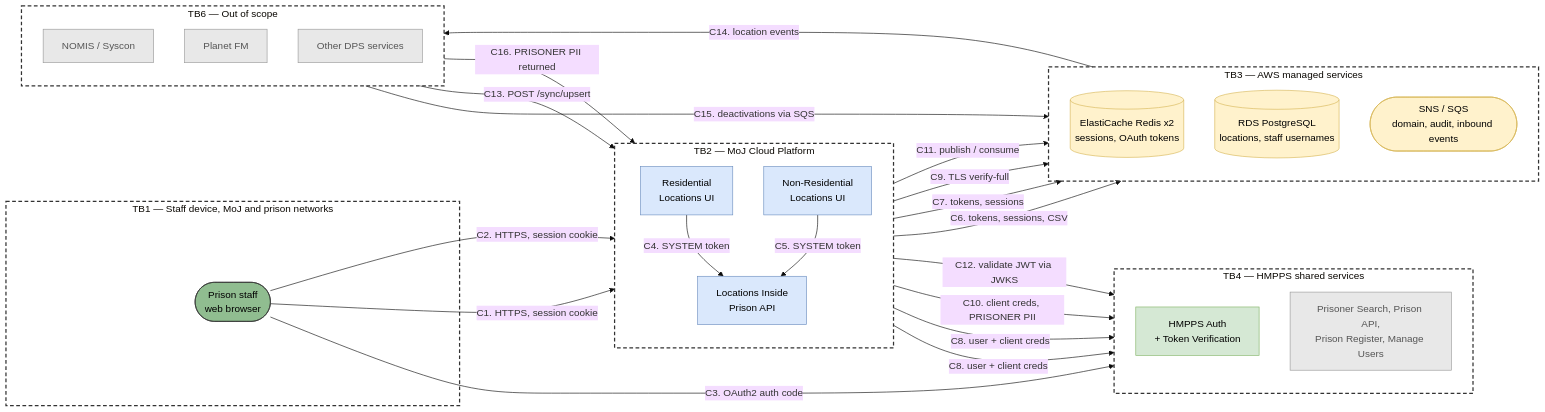
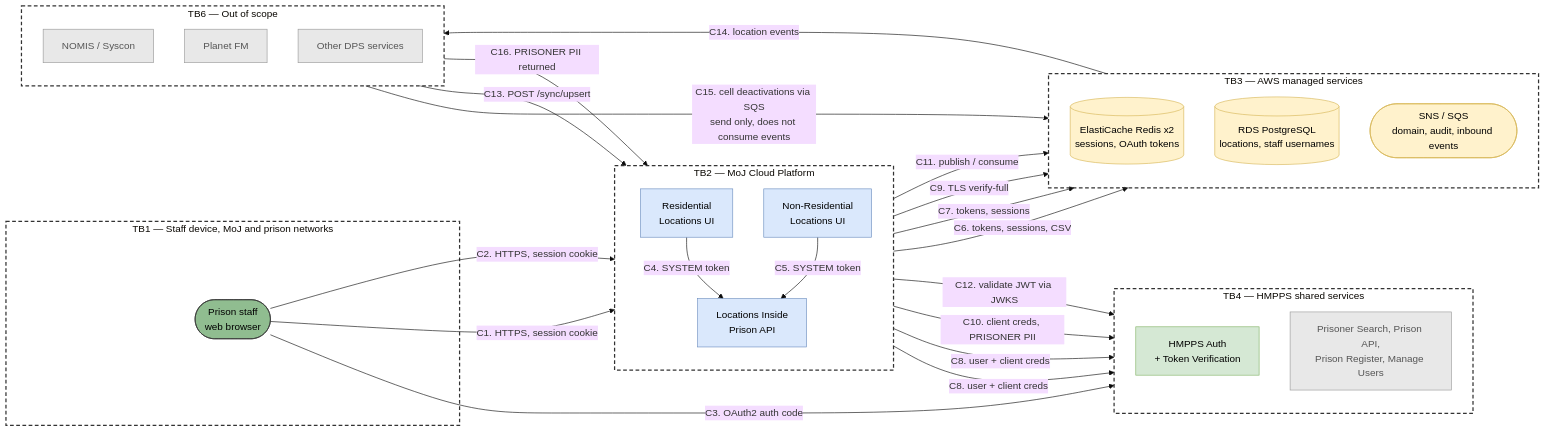
Before and after one commit to ministryofjustice/hmpps-locations-inside-prison-api: the first of 4 diagrams in docs/data-flow-diagram.md, drawn with Mermaid (base theme). The commit also changed other lines of this file and 1 other file, not shown here.

First line of the commit message:
MAPA-203 Correct token design, ModSecurity and Planet FM in the diagrams

````diff
--- a/docs/data-flow-diagram.md
+++ b/docs/data-flow-diagram.md
@@ -33,68 +33,68 @@
 ```mermaid
 flowchart LR
 
   subgraph tb1["TB1 — Staff device, MoJ and prison networks"]
     staff(["Prison staff<br/>web browser"])
   end
 
   subgraph tb2["TB2 — MoJ Cloud Platform"]
     direction TB
     resiUi["Residential<br/>Locations UI"]
     nonResiUi["Non-Residential<br/>Locations UI"]
     api["Locations Inside<br/>Prison API"]
   end
 
   subgraph tb3["TB3 — AWS managed services"]
     direction TB
     redis[("ElastiCache Redis x2<br/>sessions, OAuth tokens")]
     rds[("RDS PostgreSQL<br/>locations, staff usernames")]
     events(["SNS / SQS<br/>domain, audit, inbound events"])
   end
 
   subgraph tb4["TB4 — HMPPS shared services"]
     direction TB
     auth["HMPPS Auth<br/>+ Token Verification"]
     shared["Prisoner Search, Prison API,<br/>Prison Register, Manage Users"]
   end
 
   subgraph tb6["TB6 — Out of scope"]
     direction TB
     nomis["NOMIS / Syscon"]
     planetfm["Planet FM"]
     dps["Other DPS services"]
   end
 
   staff -->|"C1. HTTPS, session cookie"| resiUi
   staff -->|"C2. HTTPS, session cookie"| nonResiUi
   staff -->|"C3. OAuth2 auth code"| auth
 
   resiUi -->|"C4. SYSTEM token"| api
   nonResiUi -->|"C5. SYSTEM token"| api
   resiUi -->|"C6. tokens, sessions, CSV"| redis
   nonResiUi -->|"C7. tokens, sessions"| redis
   resiUi & nonResiUi -->|"C8. user + client creds"| auth
 
   api -->|"C9. TLS verify-full"| rds
   api -->|"C10. client creds, PRISONER PII"| shared
   api -->|"C11. publish / consume"| events
   api -->|"C12. validate JWT via JWKS"| auth
 
   nomis -->|"C13. POST /sync/upsert"| api
   events -->|"C14. location events"| nomis
-  planetfm -->|"C15. deactivations via SQS"| events
+  planetfm -->|"C15. cell deactivations via SQS<br/>send only, does not consume events"| events
   dps -->|"C16. PRISONER PII returned"| api
 
   classDef boundary fill:none,stroke:#333,stroke-width:2px,stroke-dasharray: 6 4
   classDef outOfScope fill:#e8e8e8,stroke:#999,color:#555
   classDef store fill:#fff2cc,stroke:#d6b656,color:#000
   classDef process fill:#dae8fc,stroke:#6c8ebf,color:#000
   classDef external fill:#d5e8d4,stroke:#82b366,color:#000
   classDef actor fill:#90BD90,stroke:#333,color:#000
 
   class tb1,tb2,tb3,tb4,tb6 boundary
   class nomis,planetfm,dps,shared outOfScope
   class redis,rds,events store
   class resiUi,nonResiUi,api process
   class auth external
   class staff actor
 ```
````
